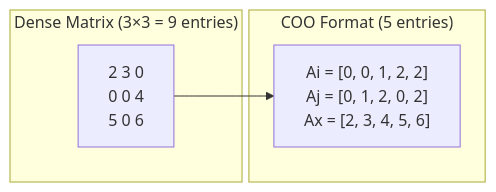
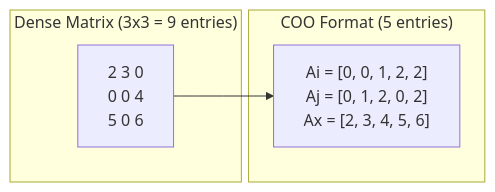
One commit to flaport/klujax changed the first of 2 diagrams in docs/concepts.md. Above: the diagram before and after it, drawn with Mermaid. The commit also changed other lines of this file and 21 other files, not shown here.

````diff
--- a/docs/concepts.md
+++ b/docs/concepts.md
@@ -42,10 +42,10 @@
 ```mermaid
 flowchart LR
-    subgraph "Dense Matrix (3×3 = 9 entries)"
+    subgraph "Dense Matrix (3x3 = 9 entries)"
         D["2  3  0\n0  0  4\n5  0  6"]
     end
     subgraph "COO Format (5 entries)"
         C["Ai = [0, 0, 1, 2, 2]\nAj = [0, 1, 2, 0, 2]\nAx = [2, 3, 4, 5, 6]"]
     end
     D --> C
 ```
````
